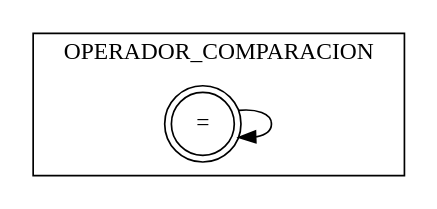
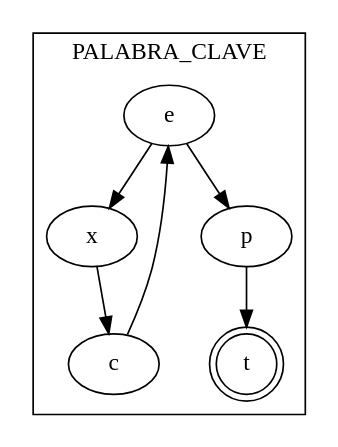
The diagram in LenguajesPracticaLexico/src/example.dot (luisbaquiax/2023_Lenguajes_practica_1), drawn with Graphviz before and after one commit. The commit also changed 52 other files, not shown here.

```diff
--- a/LenguajesPracticaLexico/src/example.dot
+++ b/LenguajesPracticaLexico/src/example.dot
@@ -1,8 +1,8 @@
 digraph G {
 
-  "=" [shape=doublecircle]  subgraph cluster_0 {
+  "t" [shape=doublecircle]  subgraph cluster_0 {
 
-"=" -> "=";
-    label = "OPERADOR_COMPARACION";
+"e" -> "x" -> "c" -> "e" -> "p" -> "t";
+    label = "PALABRA_CLAVE";
   }
 }
```
